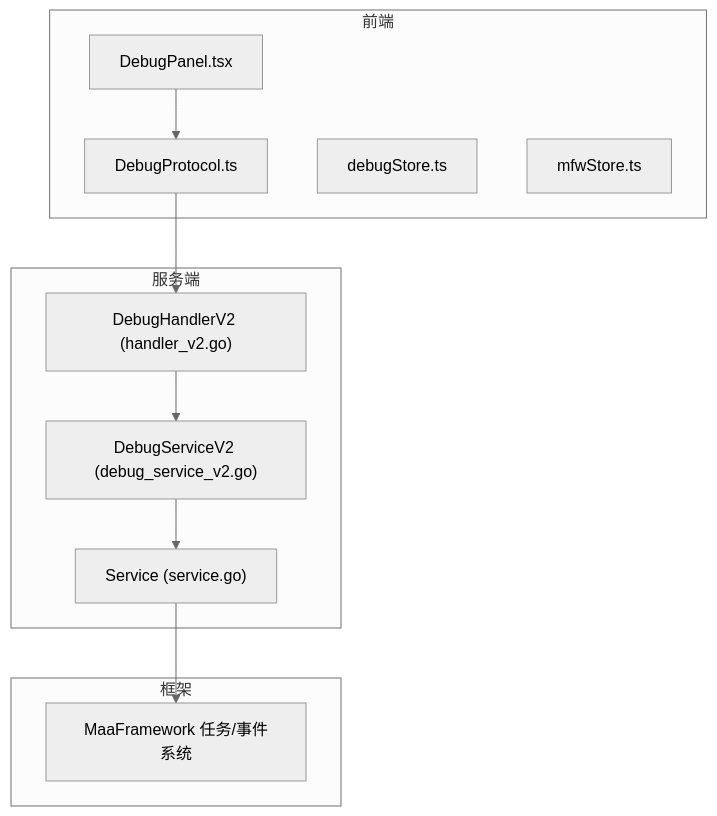
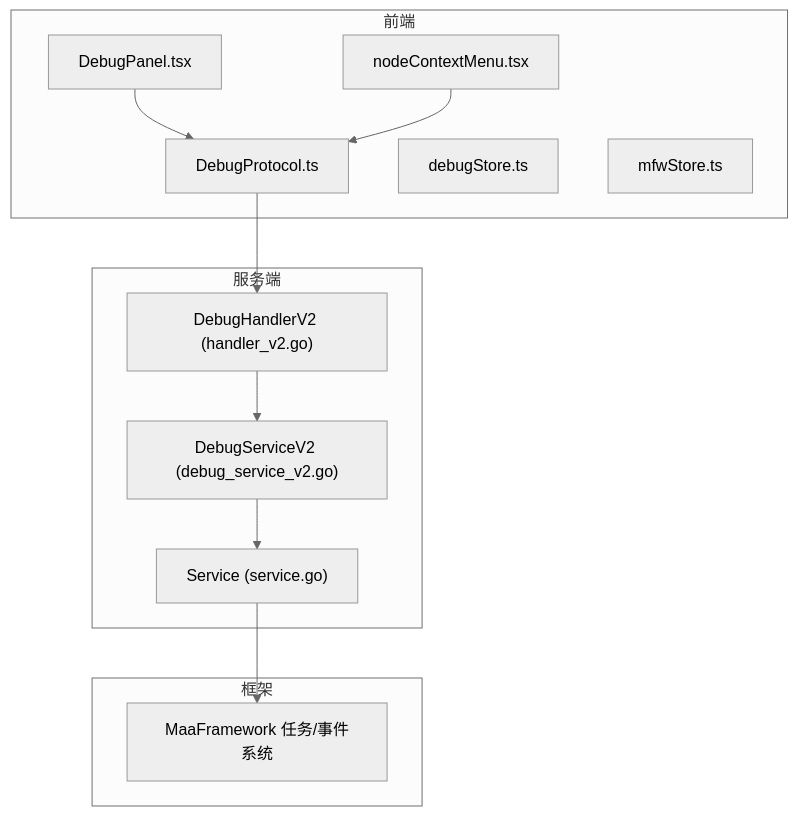
The first of 3 diagrams in .qoder/repowiki/zh/content/核心概念/调试框架.md (kqcoxn/MaaPipelineEditor), drawn with Mermaid (neutral theme) before and after one commit. The commit also changed other lines of this file and 23 other files, not shown here.

````diff
--- a/.qoder/repowiki/zh/content/核心概念/调试框架.md
+++ b/.qoder/repowiki/zh/content/核心概念/调试框架.md
@@ -54,22 +61,24 @@
 ```mermaid
 graph TB
 subgraph "前端"
 DP["DebugPanel.tsx"]
 DProt["DebugProtocol.ts"]
 DS["debugStore.ts"]
 MFS["mfwStore.ts"]
+NCM["nodeContextMenu.tsx"]
 end
 subgraph "服务端"
 DHV2["DebugHandlerV2 (handler_v2.go)"]
 DSvcV2["DebugServiceV2 (debug_service_v2.go)"]
 Svc["Service (service.go)"]
 end
 subgraph "框架"
 FW["MaaFramework 任务/事件系统"]
 end
 DP --> DProt
 DProt --> DHV2
 DHV2 --> DSvcV2
 DSvcV2 --> Svc
 Svc --> FW
+NCM --> DProt
 ```
````
